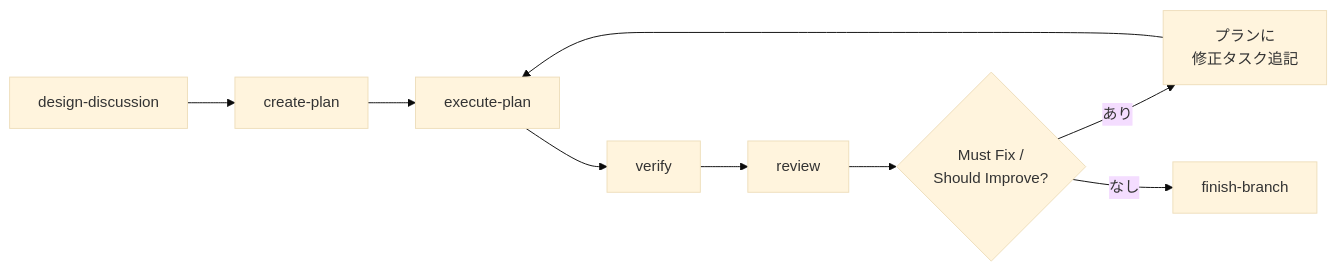
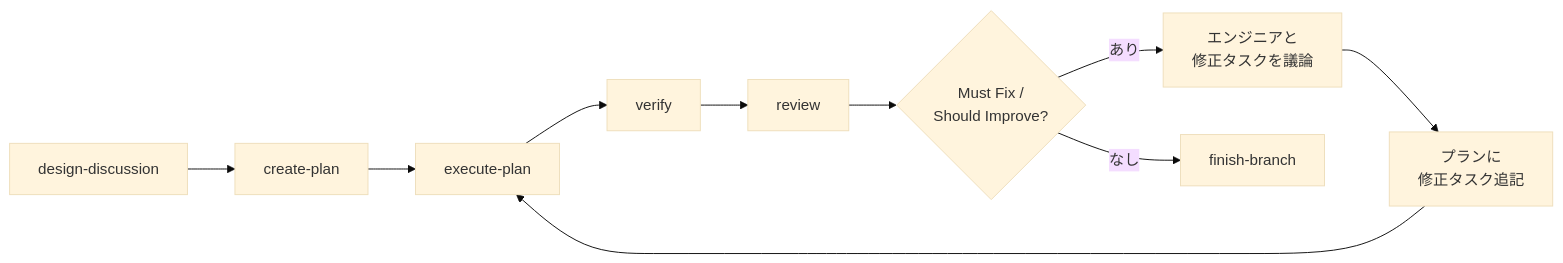
One commit to CityBear3/dotfiles changed the diagram in claude/CLAUDE.md. Above: the diagram before and after it, drawn with Mermaid (base theme). The commit also changed other lines of this file, not shown here.

Commit message:
Update: add engineer discussion step to review feedback loop
Make the engineer's role in the review feedback loop explicit: before
appending fix tasks to the plan, the engineer and Claude Code discuss
what each fix task should look like (scope, approach). Reflected in
both the mermaid flow and the prose description.

````diff
--- a/claude/CLAUDE.md
+++ b/claude/CLAUDE.md
@@ -74,11 +74,12 @@
 ```mermaid
 flowchart LR
     A[design-discussion] --> B[create-plan]
     B --> C[execute-plan]
     C --> D[verify]
     D --> E[review]
     E --> G{Must Fix /<br/>Should Improve?}
-    G -->|あり| H[プランに<br/>修正タスク追記]
+    G -->|あり| J[エンジニアと<br/>修正タスクを議論]
+    J --> H[プランに<br/>修正タスク追記]
     H --> C
     G -->|なし| F[finish-branch]
 ```
````
